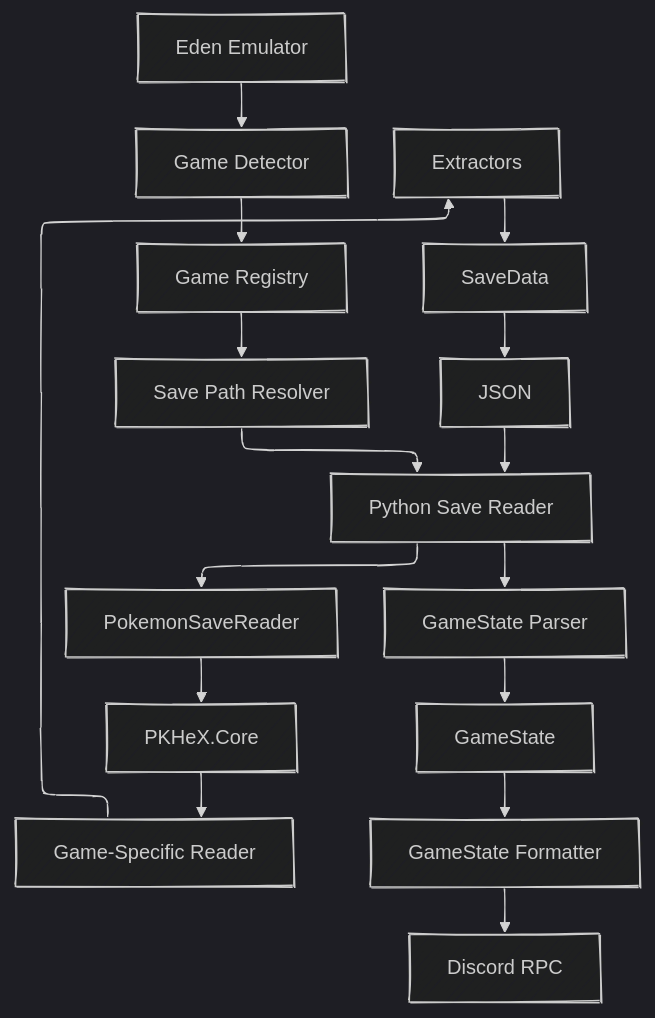
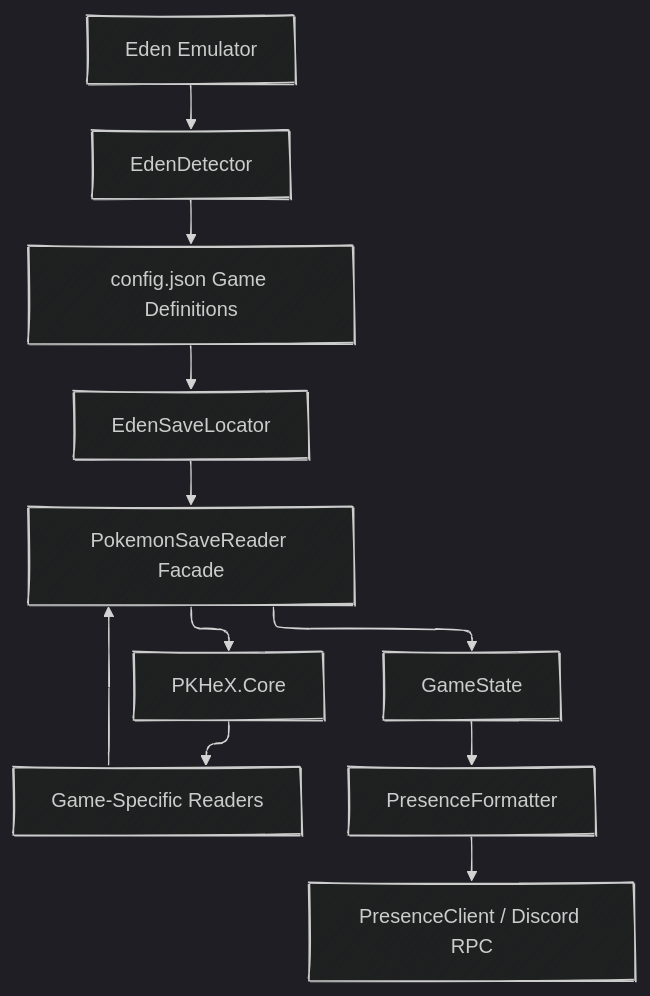
One commit to ramadhafidz/switch-rpc changed the first of 9 diagrams in docs/ARCHITECTURE.md. Above: the diagram before and after it, drawn with Mermaid. The commit also changed other lines of this file and 13 other files, not shown here.

````diff
--- a/docs/ARCHITECTURE.md
+++ b/docs/ARCHITECTURE.md
@@ -15,27 +15,21 @@
 ```mermaid
 ---
 config:
   theme: dark
   look: handDrawn
   layout: elk
 ---
 flowchart TD
-	A[Eden Emulator] --> B[Game Detector]
-	B --> C[Game Registry]
-	C --> D[Save Path Resolver]
-	D --> E[Python Save Reader]
+	A[Eden Emulator] --> B[EdenDetector]
+	B --> C[config.json Game Definitions]
+	C --> D[EdenSaveLocator]
+	D --> E[PokemonSaveReader Facade]
 
-	E --> F[PokemonSaveReader]
-	F --> G[PKHeX.Core]
+	E --> F[PKHeX.Core]
+	F --> G[Game-Specific Readers]
+	G --> E
 
-	G --> H[Game-Specific Reader]
-	H --> I[Extractors]
-	I --> J[SaveData]
-	J --> K[JSON]
-
-	K --> E
-	E --> L[GameState Parser]
-	L --> M[GameState]
-	M --> N[GameState Formatter]
-	N --> O[Discord RPC]
+	E --> H[GameState]
+	H --> I[PresenceFormatter]
+	I --> J[PresenceClient / Discord RPC]
 ```
````
